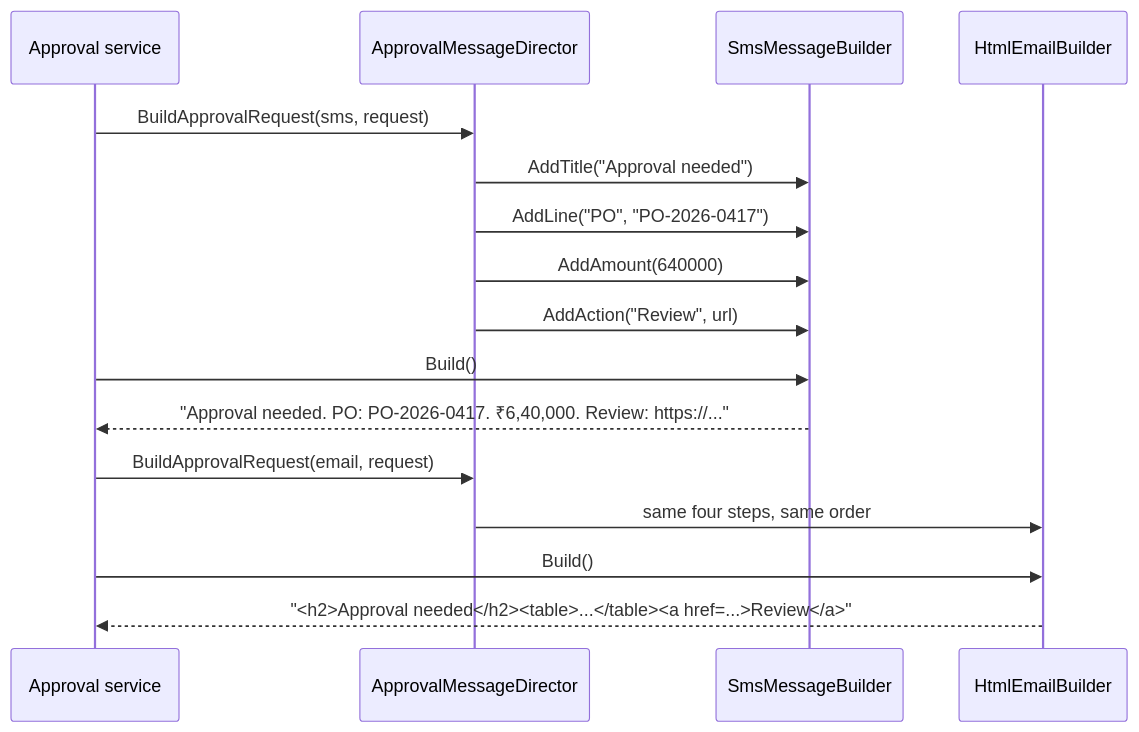
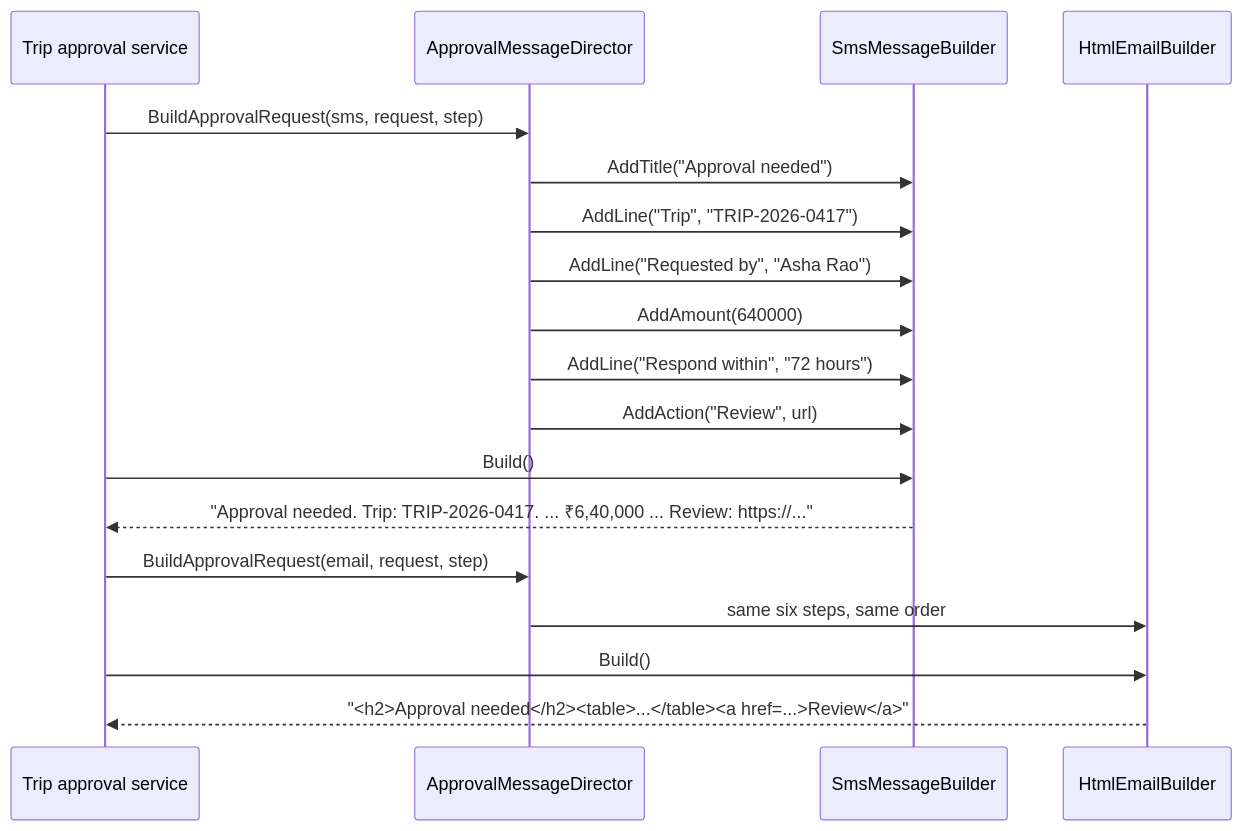
The second of 2 diagrams in content/lessons/m06/m06-builder.md (rizwi0786/system-design-lab), drawn with Mermaid before and after one commit. The commit also changed other lines of this file and 334 other files, not shown here.

````diff
--- a/content/lessons/m06/m06-builder.md
+++ b/content/lessons/m06/m06-builder.md
@@ -211,18 +218,20 @@
 ```mermaid
 sequenceDiagram
-    participant C as Approval service
+    participant C as Trip approval service
     participant D as ApprovalMessageDirector
     participant S as SmsMessageBuilder
     participant H as HtmlEmailBuilder
-    C->>D: BuildApprovalRequest(sms, request)
+    C->>D: BuildApprovalRequest(sms, request, step)
     D->>S: AddTitle("Approval needed")
-    D->>S: AddLine("PO", "PO-2026-0417")
+    D->>S: AddLine("Trip", "TRIP-2026-0417")
+    D->>S: AddLine("Requested by", "Asha Rao")
     D->>S: AddAmount(640000)
+    D->>S: AddLine("Respond within", "72 hours")
     D->>S: AddAction("Review", url)
     C->>S: Build()
-    S-->>C: "Approval needed. PO: PO-2026-0417. ₹6,40,000. Review: https://..."
-    C->>D: BuildApprovalRequest(email, request)
-    D->>H: same four steps, same order
+    S-->>C: "Approval needed. Trip: TRIP-2026-0417. ... ₹6,40,000 ... Review: https://..."
+    C->>D: BuildApprovalRequest(email, request, step)
+    D->>H: same six steps, same order
     C->>H: Build()
     H-->>C: "<h2>Approval needed</h2><table>...</table><a href=...>Review</a>"
 ```
````
